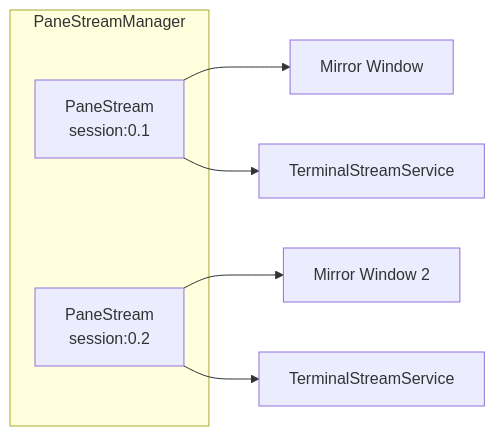
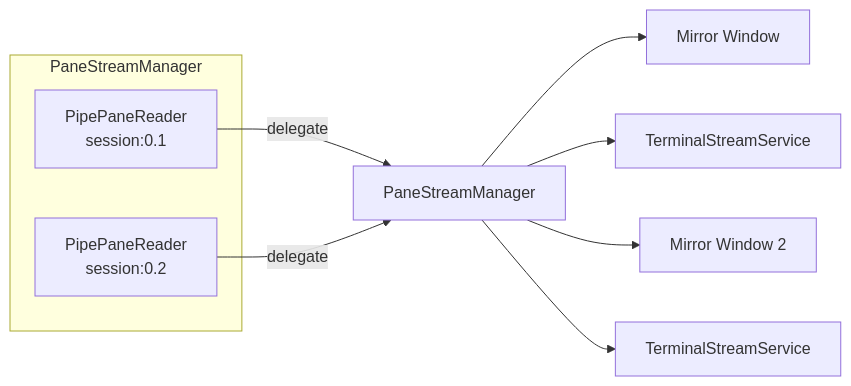
One commit to gpambrozio/Gallager changed the fourth of 12 diagrams in docs/streaming-architecture.md. Above: the diagram before and after it, drawn with Mermaid. The commit also changed other lines of this file and 25 other files, not shown here.

First line of the commit message:
One persistent PipePaneReader per pane (closes #476) (#479)

````diff
--- a/docs/streaming-architecture.md
+++ b/docs/streaming-architecture.md
@@ -113,12 +125,15 @@
 ```mermaid
 graph LR
     subgraph PaneStreamManager
-        PS1[PaneStream<br/>session:0.1]
-        PS2[PaneStream<br/>session:0.2]
+        R1[PipePaneReader<br/>session:0.1]
+        R2[PipePaneReader<br/>session:0.2]
     end
 
-    PS1 --> S1[Mirror Window]
-    PS1 --> S2[TerminalStreamService]
-    PS2 --> S3[Mirror Window 2]
-    PS2 --> S4[TerminalStreamService]
+    R1 -->|delegate| PSM[PaneStreamManager]
+    R2 -->|delegate| PSM
+
+    PSM --> S1[Mirror Window]
+    PSM --> S2[TerminalStreamService]
+    PSM --> S3[Mirror Window 2]
+    PSM --> S4[TerminalStreamService]
 ```
````
